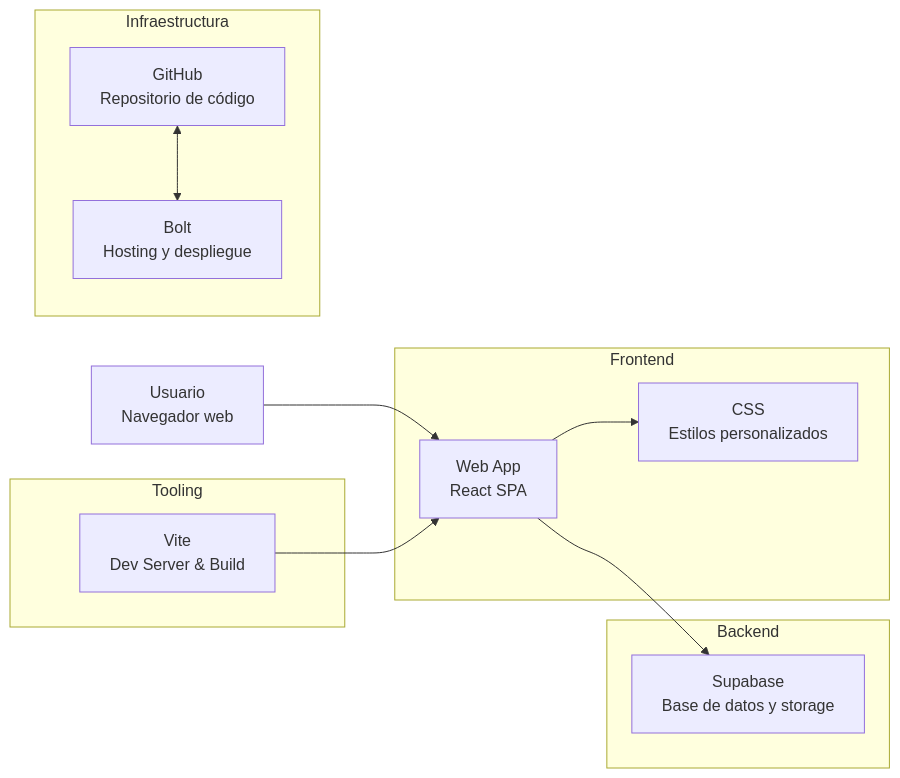
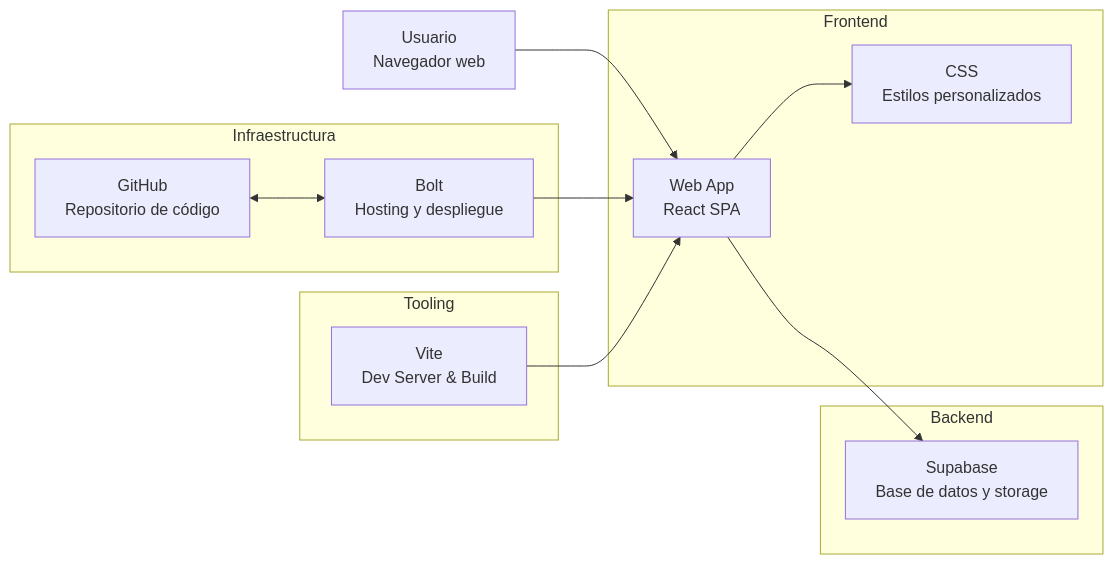
Before and after one commit to nicomencia/peredaweb: the diagram in README.md, drawn with Mermaid.

Commit message:
Add Bolt to the README diagram

````diff
--- a/README.md
+++ b/README.md
@@ -11,30 +11,32 @@
 ```mermaid
 flowchart LR
     User[Usuario<br/>Navegador web]
 
     subgraph Frontend
         Web[Web App<br/>React SPA]
         CSS[CSS<br/>Estilos personalizados]
     end
 
     subgraph Tooling
         Vite[Vite<br/>Dev Server & Build]
     end
 
     subgraph Backend
         Supabase[Supabase<br/>Base de datos y storage]
     end
 
     subgraph Infraestructura
         Bolt[Bolt<br/>Hosting y despliegue]
         GitHub[GitHub<br/>Repositorio de código]
     end
 
     User --> Web
     Web --> CSS
     Web --> Supabase
 
+    Bolt --> Web 
+
     Vite --> Web
 
     GitHub <--> Bolt
 ```
````
